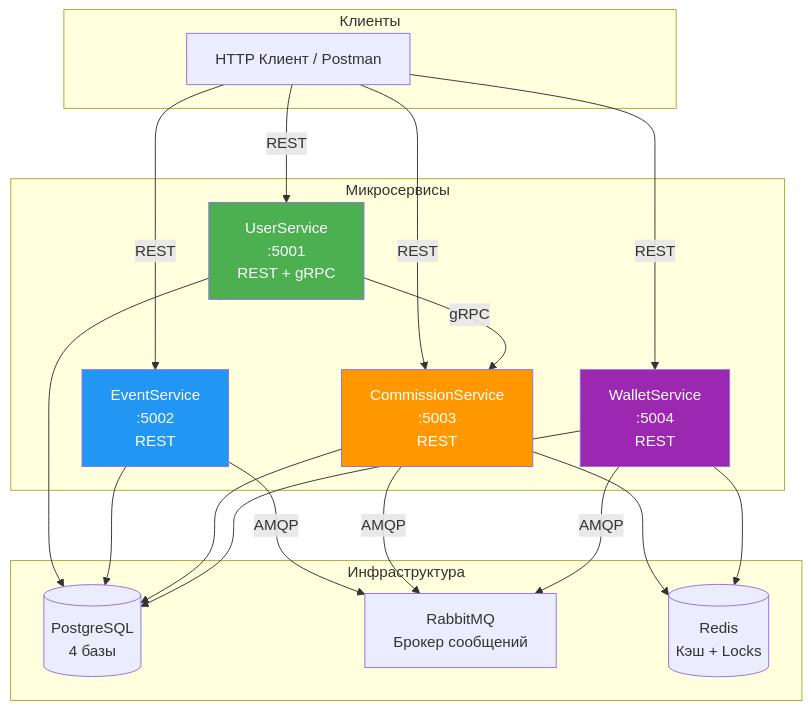
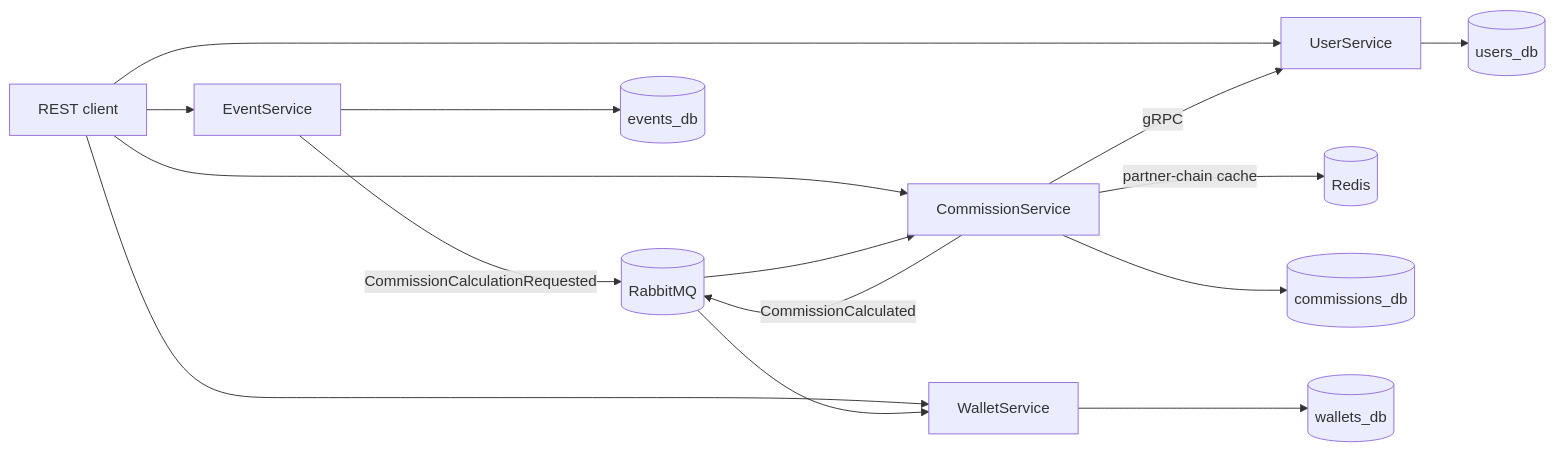
Before and after one commit to alexKuzovkov/PartnerSystem: the first of 2 diagrams in README.md, drawn with Mermaid. The commit also changed other lines of this file and 72 other files, not shown here.

````diff
--- a/README.md
+++ b/README.md
@@ -24,42 +26,20 @@
 ```mermaid
-graph TB
-    subgraph "Клиенты"
-        Client[HTTP Клиент / Postman]
-    end
+flowchart LR
+    Client[REST client] --> US[UserService]
+    Client --> ES[EventService]
+    Client --> CS[CommissionService]
+    Client --> WS[WalletService]
 
-    subgraph "Микросервисы"
-        US[UserService<br/>:5001<br/>REST + gRPC]
-        ES[EventService<br/>:5002<br/>REST]
-        CS[CommissionService<br/>:5003<br/>REST]
-        WS[WalletService<br/>:5004<br/>REST]
-    end
+    ES -->|CommissionCalculationRequested| RMQ[(RabbitMQ)]
+    RMQ --> CS
 
-    subgraph "Инфраструктура"
-        PG[(PostgreSQL<br/>4 базы)]
-        RMQ[RabbitMQ<br/>Брокер сообщений]
-        RD[(Redis<br/>Кэш + Locks)]
-    end
+    CS -->|gRPC| US
+    CS -->|partner-chain cache| Redis[(Redis)]
+    CS -->|CommissionCalculated| RMQ
+    RMQ --> WS
 
-    Client -->|REST| US
-    Client -->|REST| ES
-    Client -->|REST| CS
-    Client -->|REST| WS
-
-    US -->|gRPC| CS
-    ES -->|AMQP| RMQ
-    CS -->|AMQP| RMQ
-    WS -->|AMQP| RMQ
-
-    US --> PG
-    ES --> PG
-    CS --> PG
-    WS --> PG
-
-    CS --> RD
-    WS --> RD
-
-    style US fill:#4CAF50,color:#fff
-    style ES fill:#2196F3,color:#fff
-    style CS fill:#FF9800,color:#fff
-    style WS fill:#9C27B0,color:#fff
+    US --> UDB[(users_db)]
+    ES --> EDB[(events_db)]
+    CS --> CDB[(commissions_db)]
+    WS --> WDB[(wallets_db)]
 ```
````
